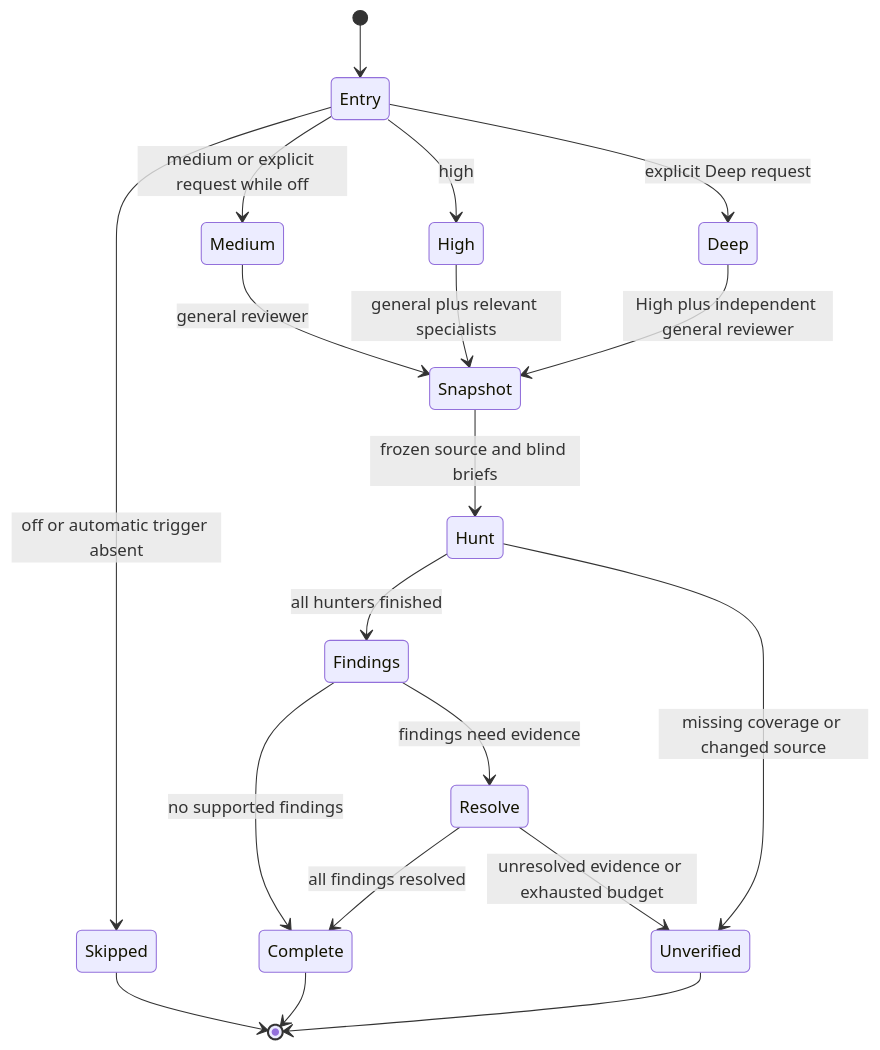
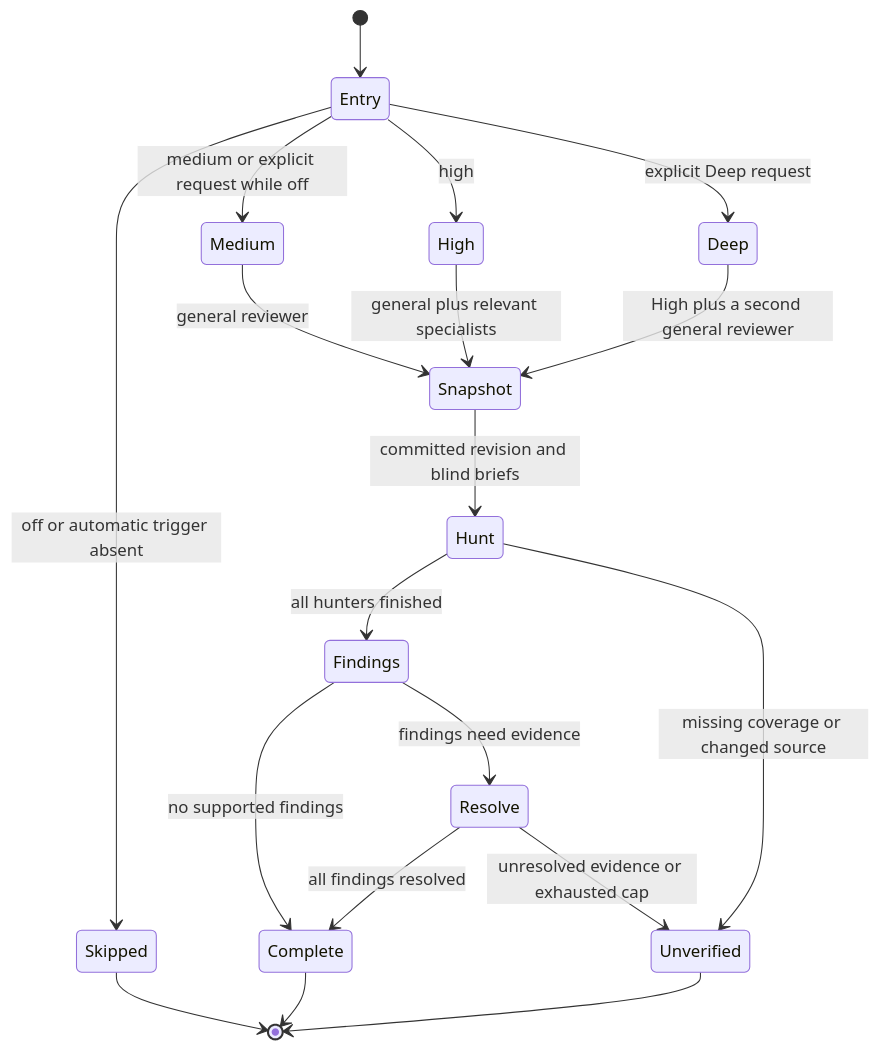
Before and after one commit to jvillegasd/harness: the first of 2 diagrams in docs/review.md, drawn with Mermaid. The commit also changed other lines of this file and 9 other files, not shown here.

````diff
--- a/docs/review.md
+++ b/docs/review.md
@@ -13,21 +13,21 @@
 ```mermaid
 stateDiagram-v2
   [*] --> Entry
   Entry --> Skipped: off or automatic trigger absent
   Entry --> Medium: medium or explicit request while off
   Entry --> High: high
   Entry --> Deep: explicit Deep request
   Medium --> Snapshot: general reviewer
   High --> Snapshot: general plus relevant specialists
-  Deep --> Snapshot: High plus independent general reviewer
-  Snapshot --> Hunt: frozen source and blind briefs
+  Deep --> Snapshot: High plus a second general reviewer
+  Snapshot --> Hunt: committed revision and blind briefs
   Hunt --> Findings: all hunters finished
   Hunt --> Unverified: missing coverage or changed source
   Findings --> Complete: no supported findings
   Findings --> Resolve: findings need evidence
   Resolve --> Complete: all findings resolved
-  Resolve --> Unverified: unresolved evidence or exhausted budget
+  Resolve --> Unverified: unresolved evidence or exhausted cap
   Skipped --> [*]
   Complete --> [*]
   Unverified --> [*]
 ```
````
